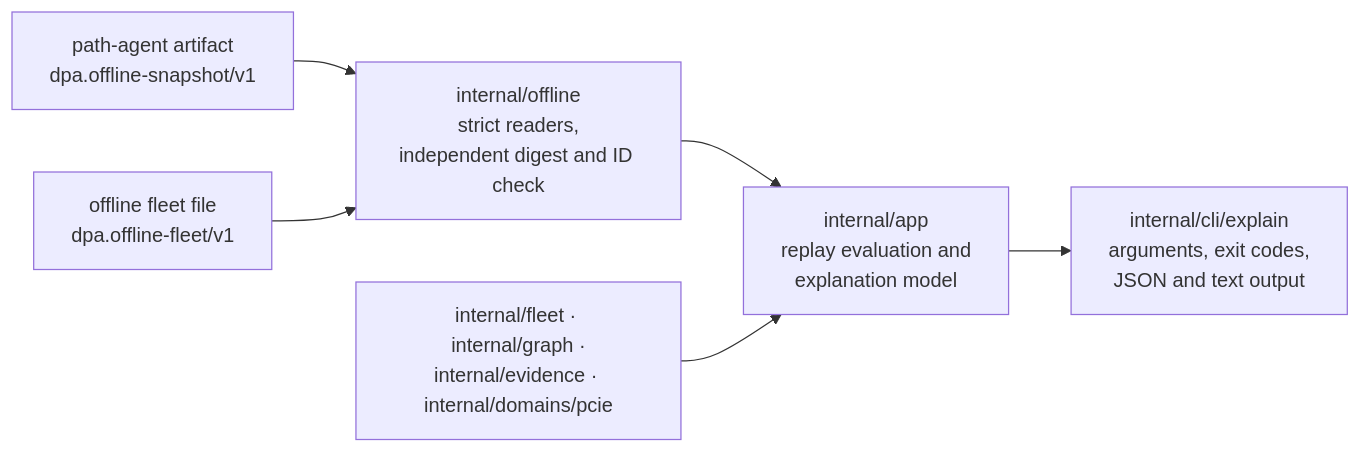
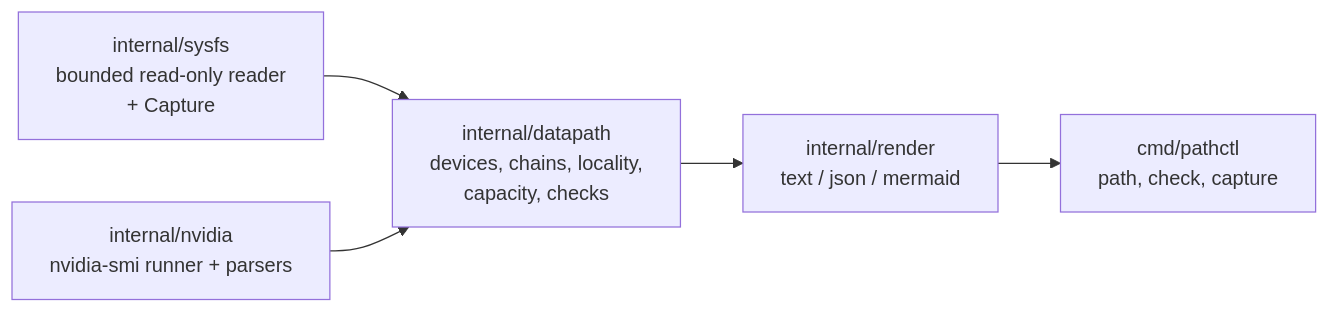
The diagram in docs/architecture.md (aetertinas9/data-path-assurance), drawn with Mermaid before and after one commit. The commit also changed other lines of this file and 648 other files, not shown here.

````diff
--- a/docs/architecture.md
+++ b/docs/architecture.md
@@ -93,15 +6,7 @@
 ```mermaid
 flowchart LR
-    A["path-agent artifact<br/>dpa.offline-snapshot/v1"]
-    F["offline fleet file<br/>dpa.offline-fleet/v1"]
-    O["internal/offline<br/>strict readers,<br/>independent digest and ID check"]
-    P["internal/app<br/>replay evaluation and<br/>explanation model"]
-    D["internal/fleet · internal/graph ·<br/>internal/evidence · internal/domains/pcie"]
-    C["internal/cli/explain<br/>arguments, exit codes,<br/>JSON and text output"]
-
-    A --> O
-    F --> O
-    O --> P
-    D --> P
-    P --> C
+    S["internal/sysfs<br/>bounded read-only reader<br/>+ Capture"] --> D
+    N["internal/nvidia<br/>nvidia-smi runner + parsers"] --> D
+    D["internal/datapath<br/>devices, chains, locality,<br/>capacity, checks"] --> R["internal/render<br/>text / json / mermaid"]
+    R --> C["cmd/pathctl<br/>path, check, capture"]
 ```
````
